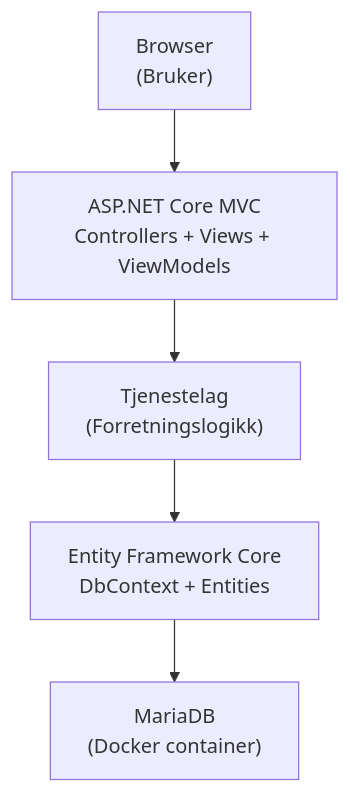
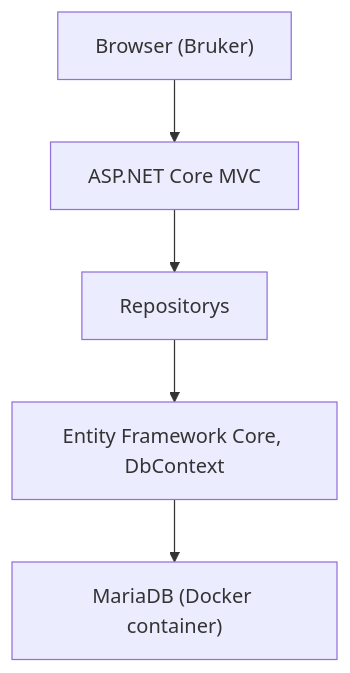
The diagram in Architecture.md (MGumpen/aor), drawn with Mermaid before and after one commit. The commit also changed 1 other file, not shown here.

Commit message:
Endringer i architecture

````diff
--- a/Architecture.md
+++ b/Architecture.md
@@ -3,13 +3,13 @@
 ```mermaid
 flowchart TD
-    Browser["Browser\n(Bruker)"]
-    WebApp["ASP.NET Core MVC\nControllers + Views + ViewModels"]
-    Services["Tjenestelag\n(Forretningslogikk)"]
-    EFCore["Entity Framework Core\nDbContext + Entities"]
-    MariaDB["MariaDB\n(Docker container)"]
+    Browser["Browser (Bruker)"]
+    WebApp["ASP.NET Core MVC"]
+    Repos["Repositorys"]
+    EFCore["Entity Framework Core, DbContext"]
+    MariaDB["MariaDB (Docker container)"]
 
     Browser --> WebApp
-    WebApp --> Services
-    Services --> EFCore
+    WebApp --> Repos
+    Repos --> EFCore
     EFCore --> MariaDB
 ```
````
